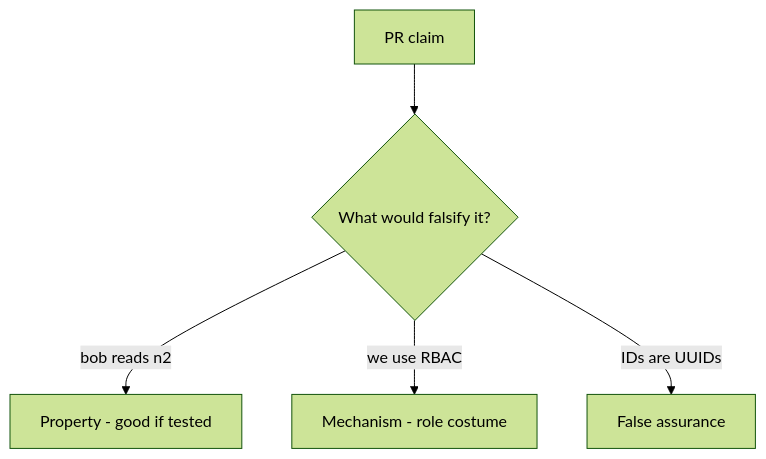
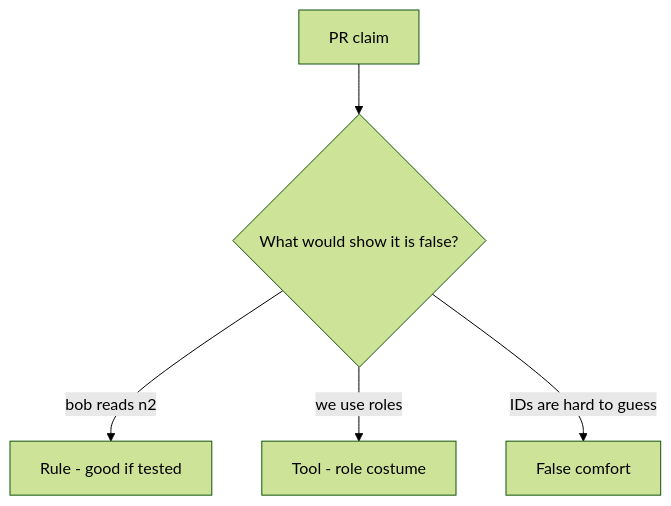
One commit to ishitvagoel/LearnSecurity changed the diagram in content/modules/4/4.4/lessons/08-review.md. Above: the diagram before and after it, drawn with Mermaid (forest theme). The commit also changed other lines of this file and 39 other files, not shown here.

````diff
--- a/content/modules/4/4.4/lessons/08-review.md
+++ b/content/modules/4/4.4/lessons/08-review.md
@@ -17,7 +18,7 @@
 ```mermaid
 flowchart TD
-  Claim[PR claim] --> Q{"What would falsify it?"}
-  Q -->|"bob reads n2"| Property["Property - good if tested"]
-  Q -->|"we use RBAC"| Mechanism[Mechanism - role costume]
-  Q -->|"IDs are UUIDs"| False[False assurance]
+  Claim[PR claim] --> Q{"What would show it is false?"}
+  Q -->|"bob reads n2"| Property["Rule - good if tested"]
+  Q -->|"we use roles"| Mechanism[Tool - role costume]
+  Q -->|"IDs are hard to guess"| False[False comfort]
 ```
````
